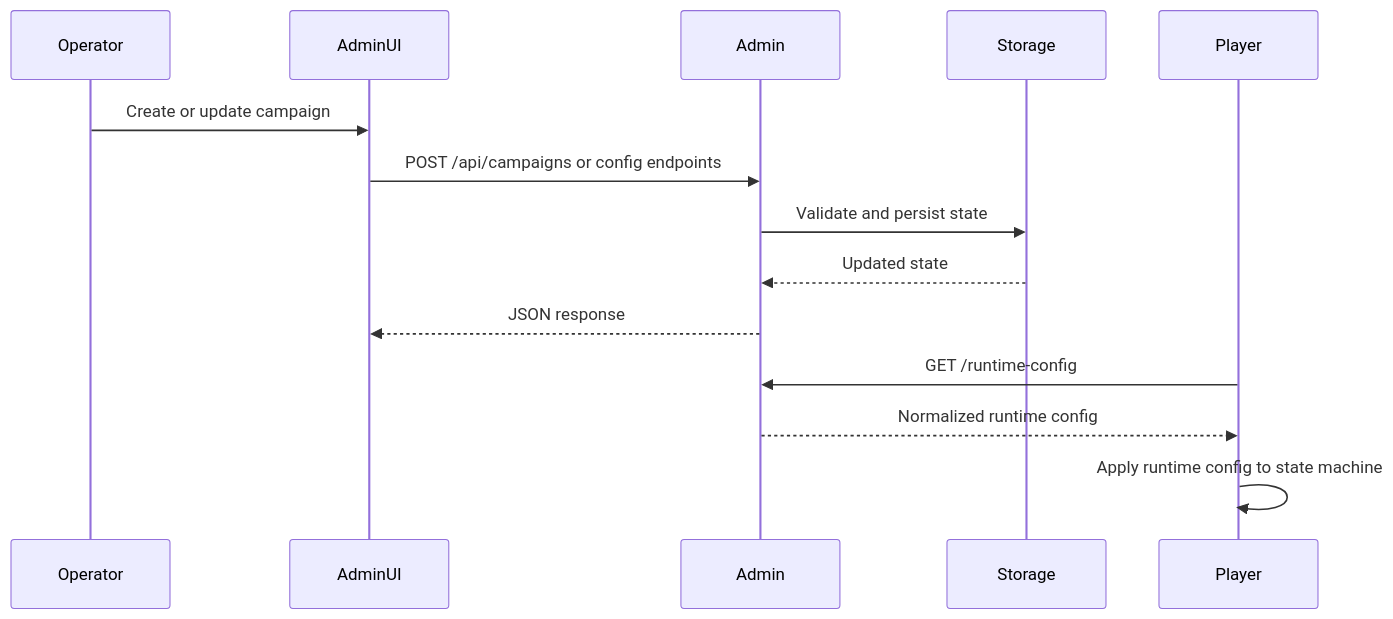
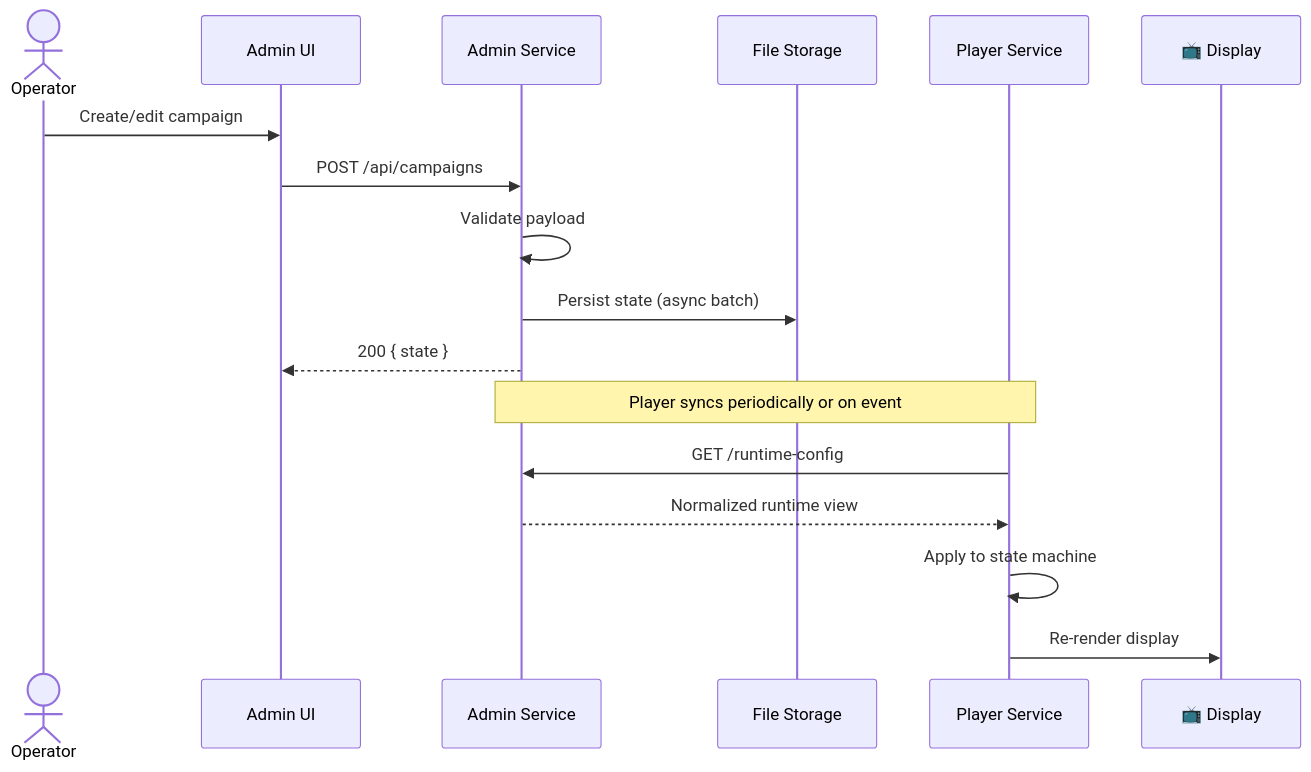
One commit to fergouchyahya/IDS changed the fourth of 6 diagrams in docs/architecture/overview.md. Above: the diagram before and after it, drawn with Mermaid. The commit also changed other lines of this file and 14 other files, not shown here.

````diff
--- a/docs/architecture/overview.md
+++ b/docs/architecture/overview.md
@@ -72,17 +123,22 @@
 ```mermaid
 sequenceDiagram
-    participant Operator
-    participant AdminUI
-    participant Admin
-    participant Storage
-    participant Player
+    actor Op as Operator
+    participant UI as Admin UI
+    participant Admin as Admin Service
+    participant Disk as File Storage
+    participant Player as Player Service
+    participant Screen as 📺 Display
 
-    Operator->>AdminUI: Create or update campaign
-    AdminUI->>Admin: POST /api/campaigns or config endpoints
-    Admin->>Storage: Validate and persist state
-    Storage-->>Admin: Updated state
-    Admin-->>AdminUI: JSON response
+    Op->>UI: Create/edit campaign
+    UI->>Admin: POST /api/campaigns
+    Admin->>Admin: Validate payload
+    Admin->>Disk: Persist state (async batch)
+    Admin-->>UI: 200 { state }
+
+    Note over Player,Admin: Player syncs periodically or on event
+
     Player->>Admin: GET /runtime-config
-    Admin-->>Player: Normalized runtime config
-    Player->>Player: Apply runtime config to state machine
+    Admin-->>Player: Normalized runtime view
+    Player->>Player: Apply to state machine
+    Player->>Screen: Re-render display
 ```
````
